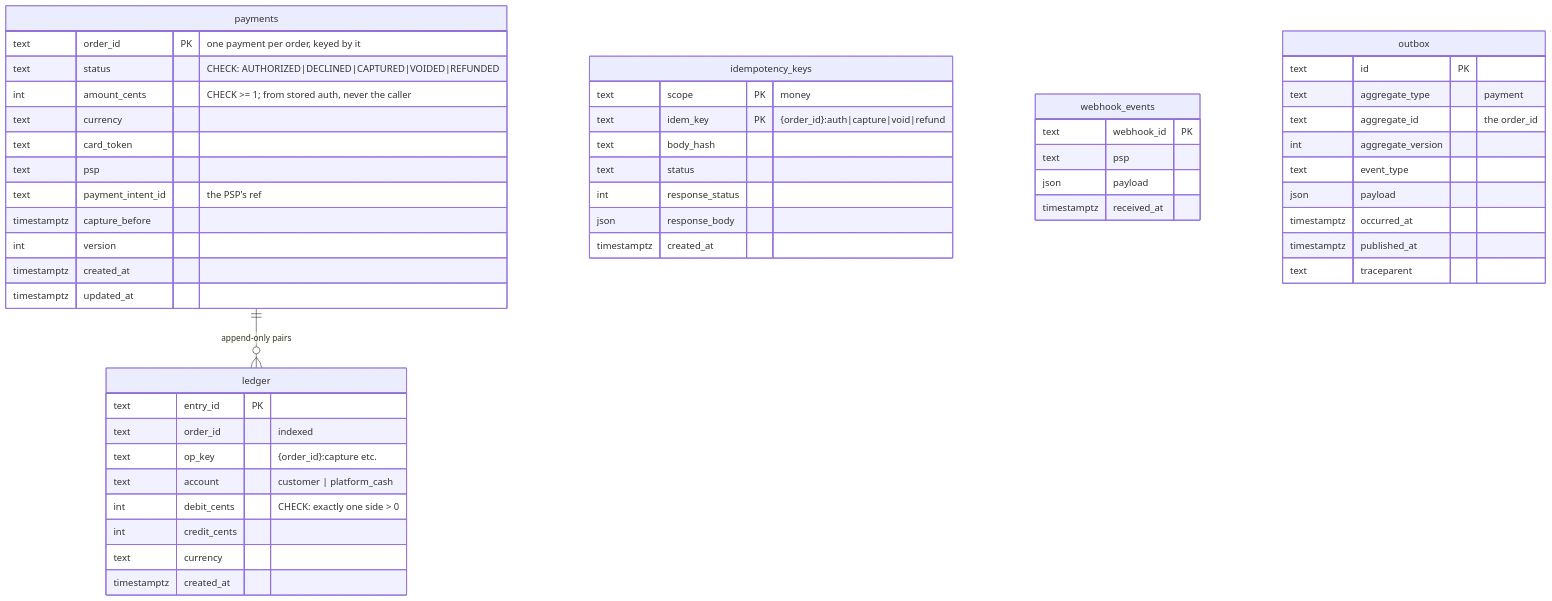
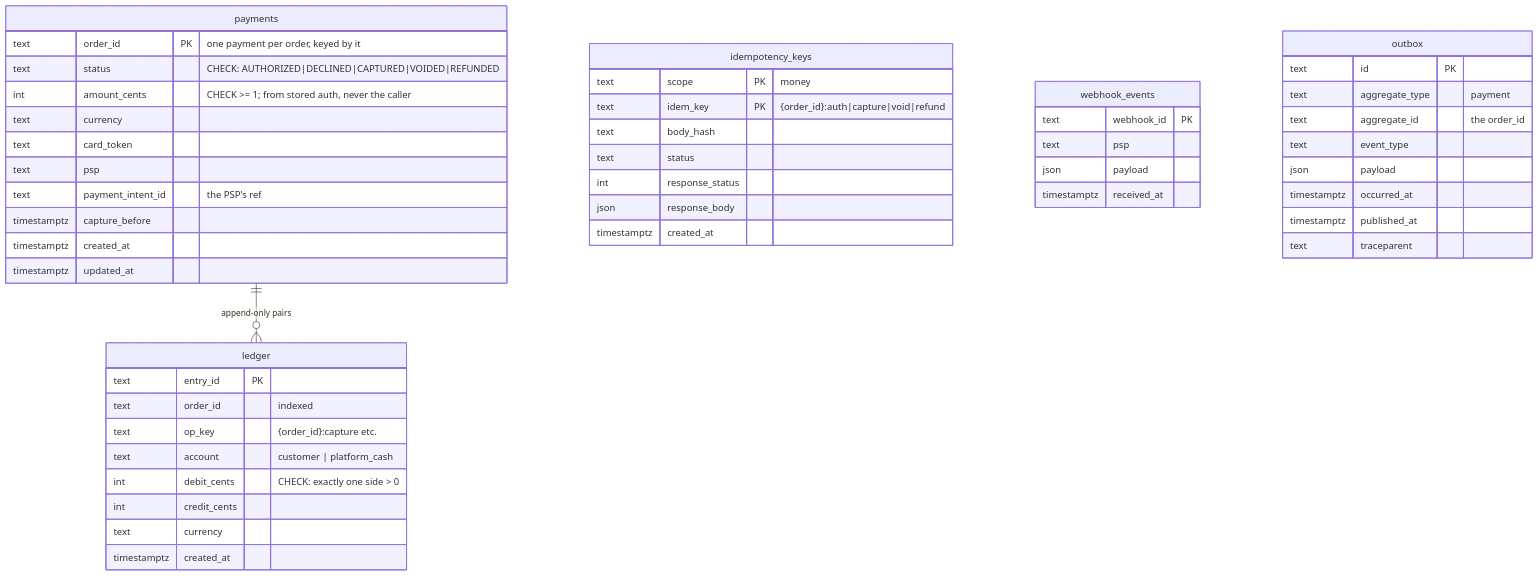
One commit to Aizazahmed-7/SmartFoodOps changed the fifth of 7 diagrams in docs/erd.md. Above: the diagram before and after it, drawn with Mermaid. The commit also changed other lines of this file, not shown here.

````diff
--- a/docs/erd.md
+++ b/docs/erd.md
@@ -382,53 +330,51 @@
 ```mermaid
 erDiagram
     payments {
         text order_id PK "one payment per order, keyed by it"
         text status "CHECK: AUTHORIZED|DECLINED|CAPTURED|VOIDED|REFUNDED"
         int amount_cents "CHECK >= 1; from stored auth, never the caller"
         text currency
         text card_token
         text psp
         text payment_intent_id "the PSP's ref"
         timestamptz capture_before
-        int version
         timestamptz created_at
         timestamptz updated_at
     }
     ledger {
         text entry_id PK
         text order_id "indexed"
         text op_key "{order_id}:capture etc."
         text account "customer | platform_cash"
         int debit_cents "CHECK: exactly one side > 0"
         int credit_cents
         text currency
         timestamptz created_at
     }
     idempotency_keys {
         text scope PK "money"
         text idem_key PK "{order_id}:auth|capture|void|refund"
         text body_hash
         text status
         int response_status
         json response_body
         timestamptz created_at
     }
     webhook_events {
         text webhook_id PK
         text psp
         json payload
         timestamptz received_at
     }
     outbox {
         text id PK
         text aggregate_type "payment"
         text aggregate_id "the order_id"
-        int aggregate_version
         text event_type
         json payload
         timestamptz occurred_at
         timestamptz published_at
         text traceparent
     }
     payments ||--o{ ledger : "append-only pairs"
 ```
````
